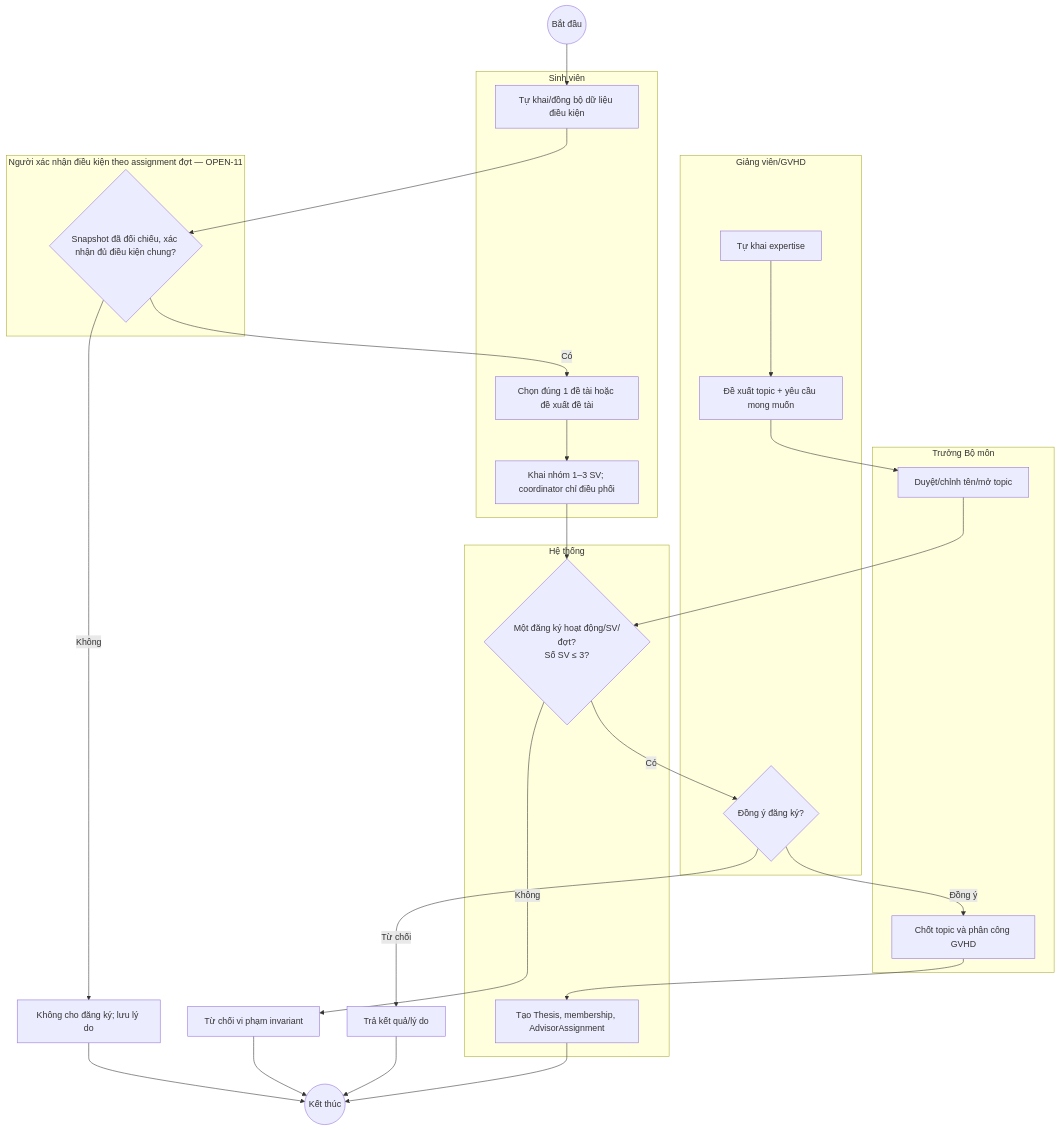
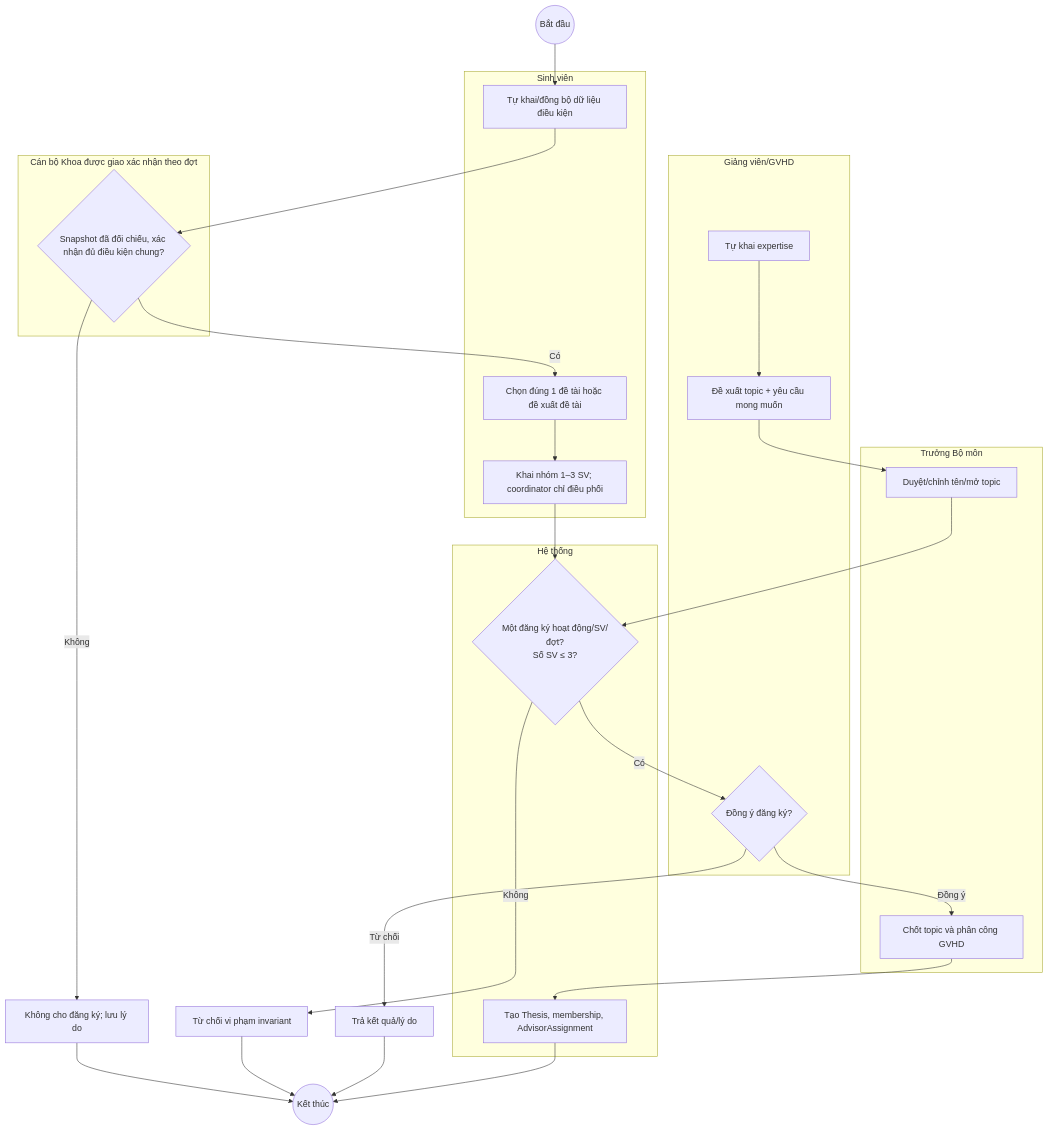
One commit to MingJien/kltn-management-ai changed the second of 8 diagrams in docs/requirements/business-process.md. Above: the diagram before and after it, drawn with Mermaid. The commit also changed other lines of this file and 88 other files, not shown here.

```diff
--- a/docs/requirements/business-process.md
+++ b/docs/requirements/business-process.md
@@ -21,36 +21,36 @@
 ~~~mermaid
 flowchart TB
   AS(("Bắt đầu"))
   subgraph SV["Sinh viên"]
     A1["Tự khai/đồng bộ dữ liệu điều kiện"]
     A6["Chọn đúng 1 đề tài hoặc đề xuất đề tài"]
     A7["Khai nhóm 1–3 SV; coordinator chỉ điều phối"]
   end
   subgraph GV["Giảng viên/GVHD"]
     A3["Tự khai expertise"]
     A4["Đề xuất topic + yêu cầu mong muốn"]
     A9{"Đồng ý đăng ký?"}
   end
   subgraph TBM["Trưởng Bộ môn"]
     A5["Duyệt/chỉnh tên/mở topic"]
     A10["Chốt topic và phân công GVHD"]
   end
-  subgraph XNDK["Người xác nhận điều kiện theo assignment đợt — OPEN-11"]
+  subgraph XNDK["Cán bộ Khoa được giao xác nhận theo đợt"]
     A2{"Snapshot đã đối chiếu, xác nhận đủ điều kiện chung?"}
   end
   subgraph SYS["Hệ thống"]
     A8{"Một đăng ký hoạt động/SV/đợt?\nSố SV ≤ 3?"}
     A11["Tạo Thesis, membership, AdvisorAssignment"]
   end
   AE(("Kết thúc"))
   AS --> A1 --> A2
   A2 -- Không --> AX["Không cho đăng ký; lưu lý do"] --> AE
   A2 -- Có --> A6
   A3 --> A4 --> A5
   A6 --> A7 --> A8
   A5 --> A8
   A8 -- Không --> AY["Từ chối vi phạm invariant"] --> AE
   A8 -- Có --> A9
   A9 -- Từ chối --> AZ["Trả kết quả/lý do"] --> AE
   A9 -- Đồng ý --> A10 --> A11 --> AE
 ~~~
```
